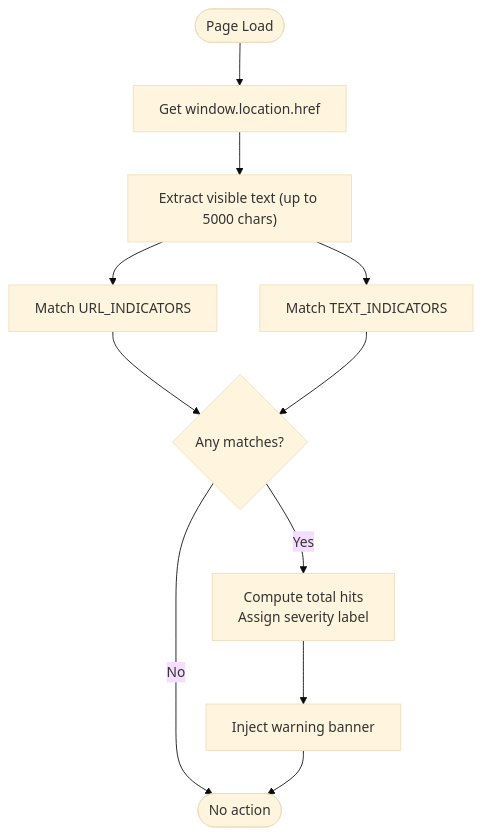
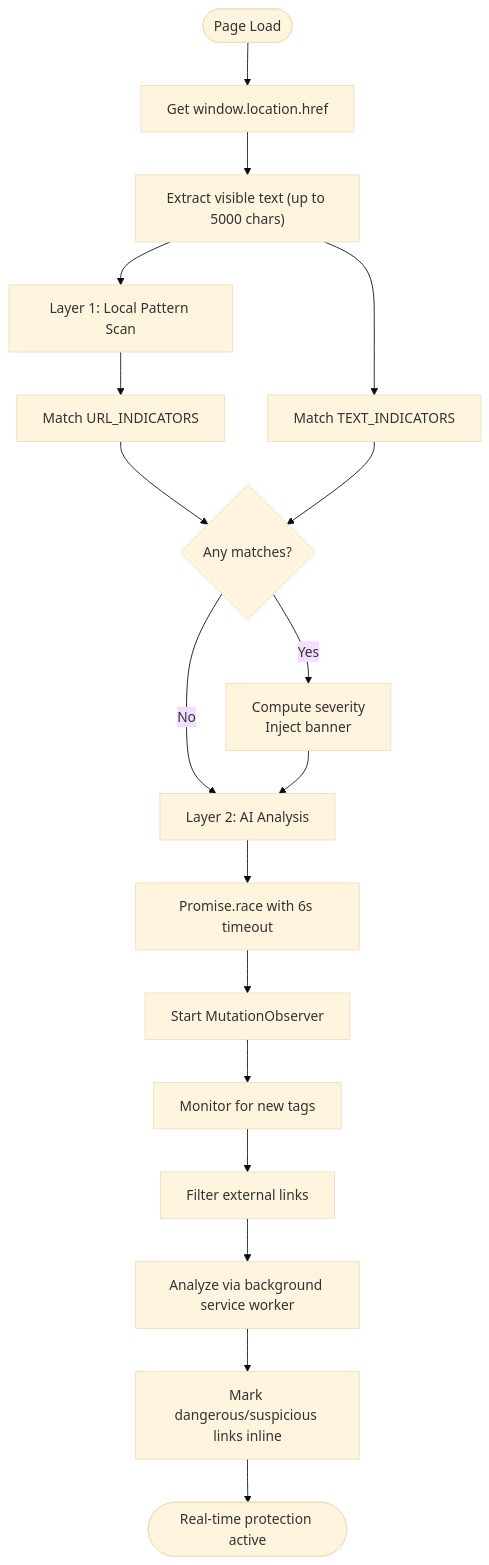
One commit to Aymanaahh/scrollguard-ai changed the fourth of 9 diagrams in .qoder/repowiki/en/content/Threat Detection Engine.md. Above: the diagram before and after it, drawn with Mermaid (base theme). The commit also changed other lines of this file and 38 other files, not shown here.

````diff
--- a/.qoder/repowiki/en/content/Threat Detection Engine.md
+++ b/.qoder/repowiki/en/content/Threat Detection Engine.md
@@ -117,13 +198,20 @@
 ```mermaid
 flowchart TD
 Start(["Page Load"]) --> GetURL["Get window.location.href"]
 GetURL --> GetText["Extract visible text (up to 5000 chars)"]
-GetText --> CheckURL["Match URL_INDICATORS"]
+GetText --> Layer1["Layer 1: Local Pattern Scan"]
+Layer1 --> CheckURL["Match URL_INDICATORS"]
 GetText --> CheckText["Match TEXT_INDICATORS"]
 CheckURL --> Hits{"Any matches?"}
 CheckText --> Hits
-Hits --> |No| End(["No action"])
-Hits --> |Yes| Severity["Compute total hits<br/>Assign severity label"]
-Severity --> Banner["Inject warning banner"]
-Banner --> End
+Hits --> |No| Layer2["Layer 2: AI Analysis"]
+Hits --> |Yes| Severity["Compute severity<br/>Inject banner"]
+Severity --> Layer2
+Layer2 --> Timeout["Promise.race with 6s timeout"]
+Timeout --> StartObserver["Start MutationObserver"]
+StartObserver --> MonitorLinks["Monitor for new <a> tags"]
+MonitorLinks --> FilterLinks["Filter external links"]
+FilterLinks --> AnalyzeLinks["Analyze via background service worker"]
+AnalyzeLinks --> MarkLinks["Mark dangerous/suspicious links inline"]
+MarkLinks --> End(["Real-time protection active"])
 ```
````
